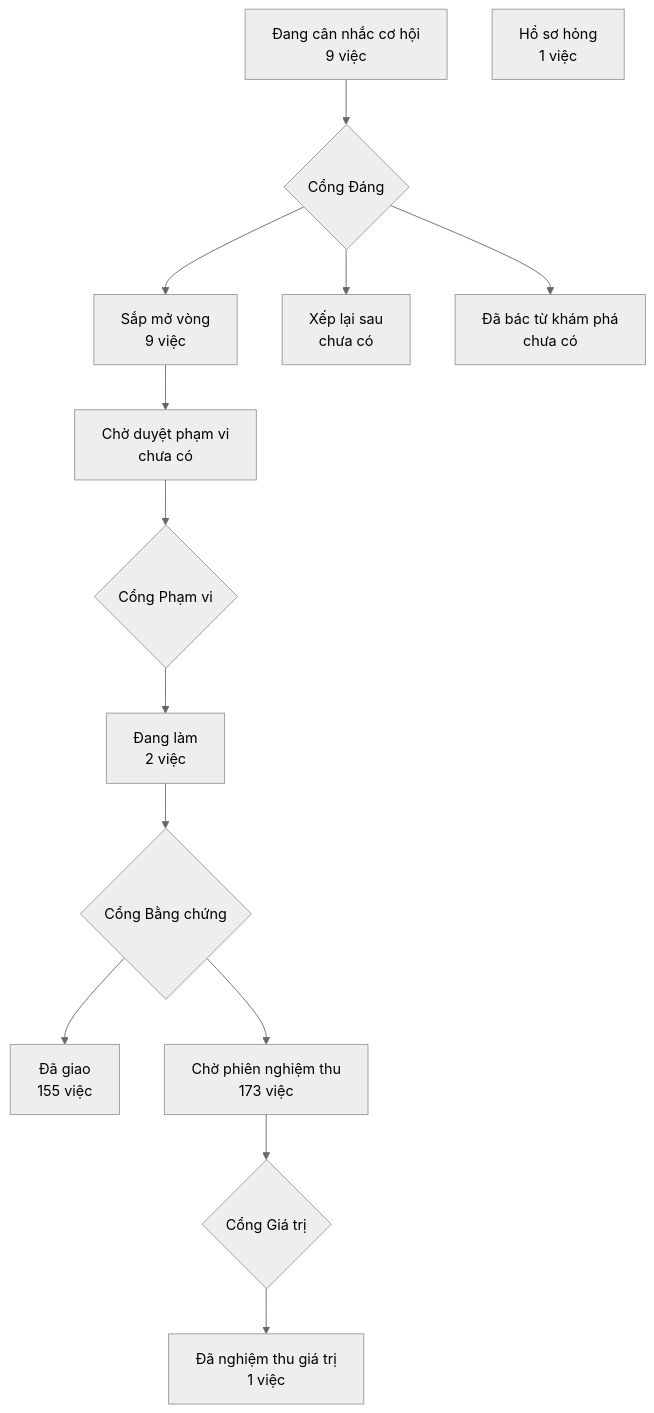
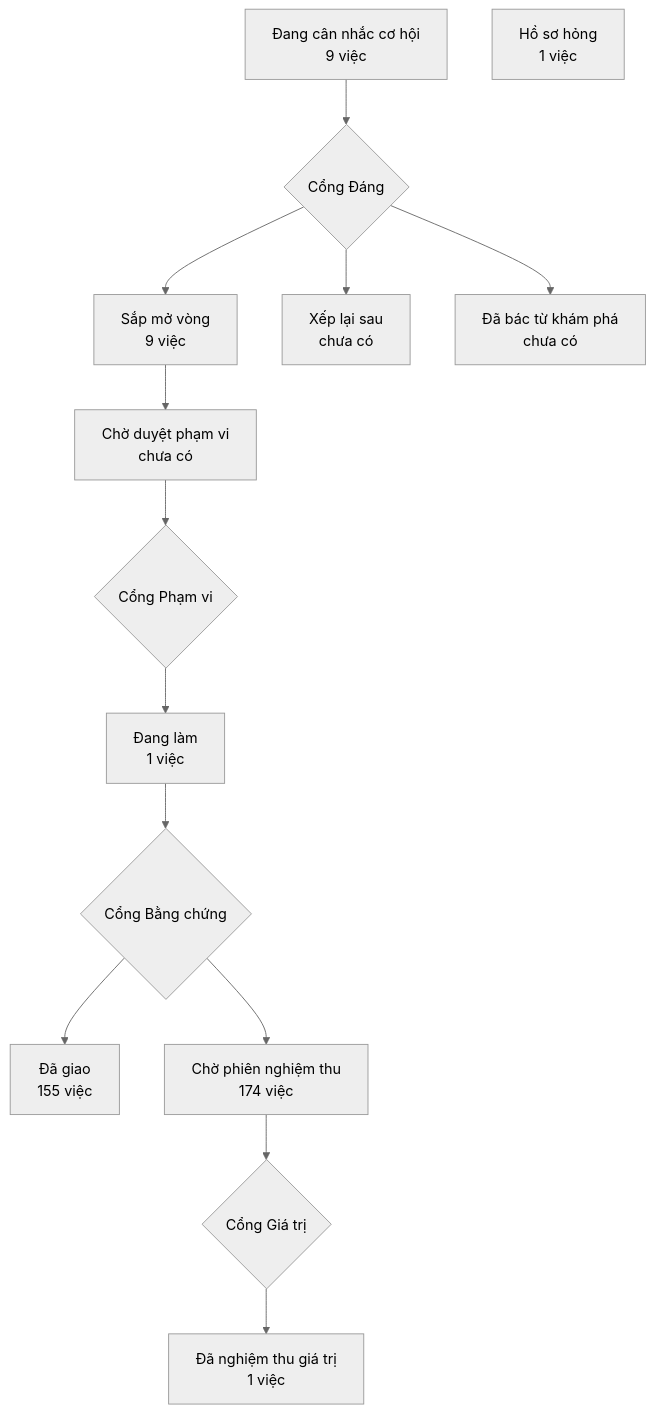
The diagram in PRODUCT-MAP.md (phanlemanh/crm-onehub), drawn with Mermaid (neutral theme) before and after one commit. The commit also changed 4 other files, not shown here.

````diff
--- a/PRODUCT-MAP.md
+++ b/PRODUCT-MAP.md
@@ -7,13 +7,13 @@
 ```mermaid
 flowchart TD
   A["Đang cân nhắc cơ hội<br/>9 việc"] --> GD{"Cổng Đáng"}
   GD --> B["Sắp mở vòng<br/>9 việc"]
   GD --> XL["Xếp lại sau<br/>chưa có"]
   GD --> DB["Đã bác từ khám phá<br/>chưa có"]
   B --> CD["Chờ duyệt phạm vi<br/>chưa có"] --> GP{"Cổng Phạm vi"}
-  GP --> DL["Đang làm<br/>2 việc"] --> GB{"Cổng Bằng chứng"}
+  GP --> DL["Đang làm<br/>1 việc"] --> GB{"Cổng Bằng chứng"}
   GB --> DG["Đã giao<br/>155 việc"]
-  GB --> CN["Chờ phiên nghiệm thu<br/>173 việc"] --> GG{"Cổng Giá trị"}
+  GB --> CN["Chờ phiên nghiệm thu<br/>174 việc"] --> GG{"Cổng Giá trị"}
   GG --> NT["Đã nghiệm thu giá trị<br/>1 việc"]
   HS["Hồ sơ hỏng<br/>1 việc"]
 ```
````
